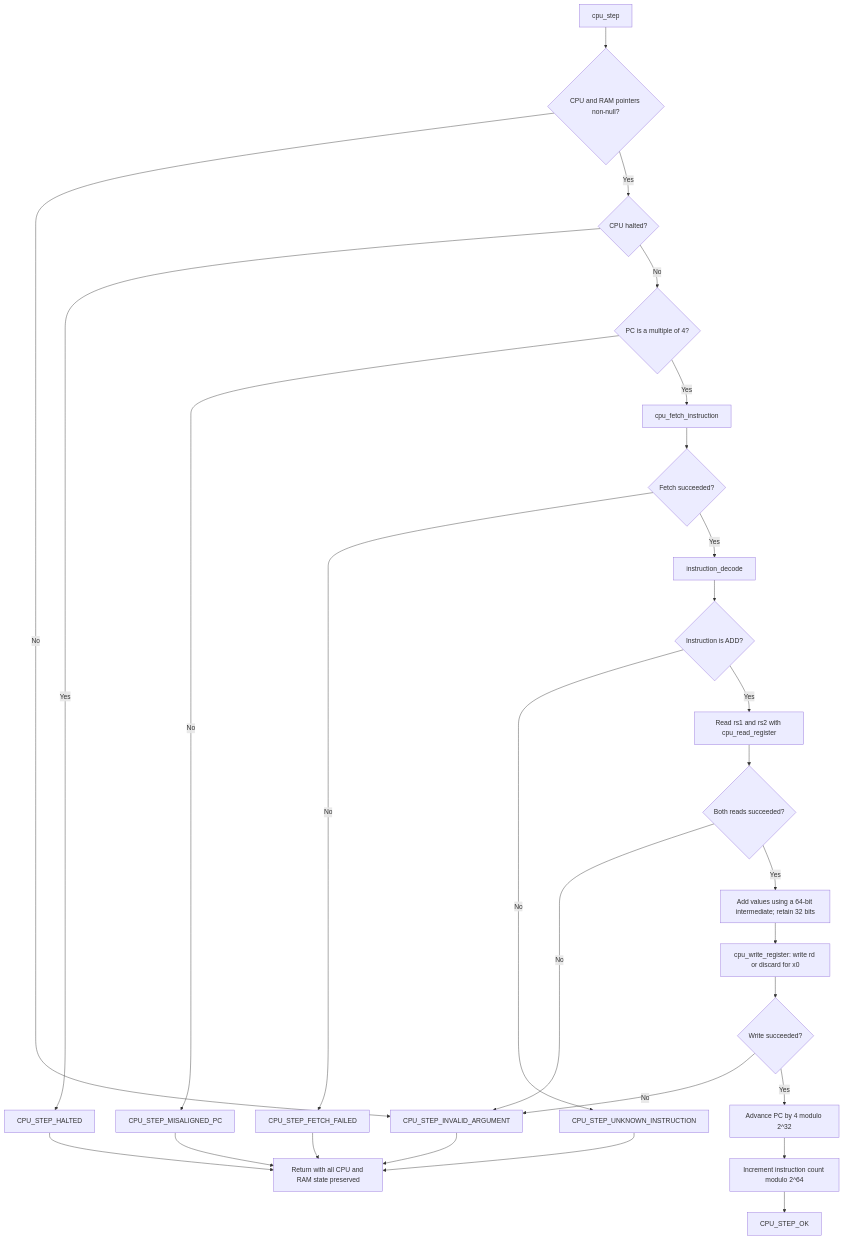
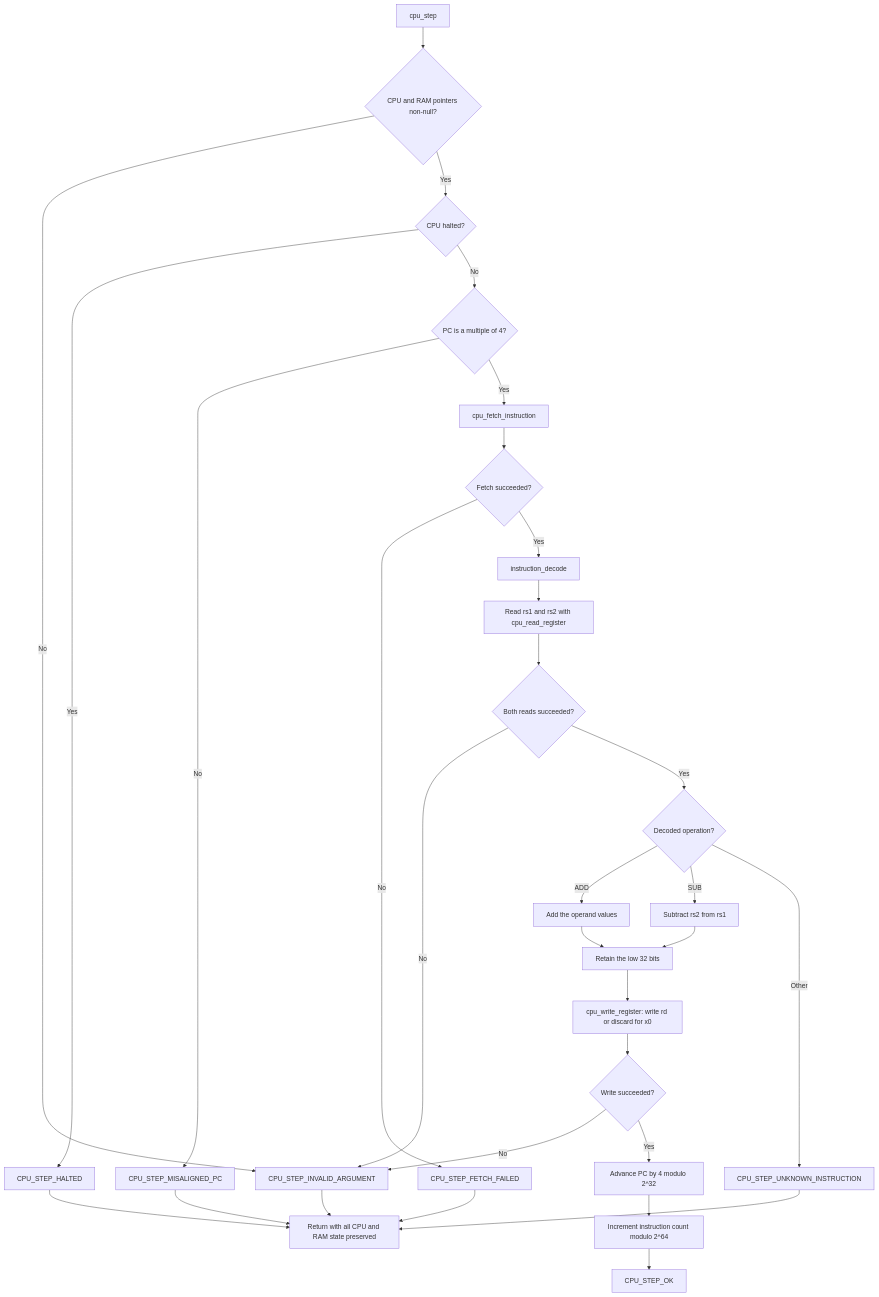
Before and after one commit to IcaroRamosDM/riscv32-simulator: the eighth of 8 diagrams in docs/FLOWCHARTS.md, drawn with Mermaid. The commit also changed other lines of this file and 9 other files, not shown here.

````diff
--- a/docs/FLOWCHARTS.md
+++ b/docs/FLOWCHARTS.md
@@ -210,30 +213,33 @@
 ```mermaid
 flowchart TD
     START["cpu_step"] --> PTR{"CPU and RAM pointers non-null?"}
     PTR -->|"No"| ARG["CPU_STEP_INVALID_ARGUMENT"]
     PTR -->|"Yes"| HALT{"CPU halted?"}
     HALT -->|"Yes"| STOP["CPU_STEP_HALTED"]
     HALT -->|"No"| ALIGN{"PC is a multiple of 4?"}
     ALIGN -->|"No"| MISALIGN["CPU_STEP_MISALIGNED_PC"]
     ALIGN -->|"Yes"| FETCH["cpu_fetch_instruction"]
     FETCH --> FETCH_OK{"Fetch succeeded?"}
     FETCH_OK -->|"No"| FETCH_FAIL["CPU_STEP_FETCH_FAILED"]
     FETCH_OK -->|"Yes"| DECODE["instruction_decode"]
-    DECODE --> SUPPORTED{"Instruction is ADD?"}
-    SUPPORTED -->|"No"| UNKNOWN["CPU_STEP_UNKNOWN_INSTRUCTION"]
-    SUPPORTED -->|"Yes"| READ["Read rs1 and rs2 with cpu_read_register"]
+    DECODE --> READ["Read rs1 and rs2 with cpu_read_register"]
     READ --> READ_OK{"Both reads succeeded?"}
     READ_OK -->|"No"| ARG
-    READ_OK -->|"Yes"| SUM["Add values using a 64-bit intermediate; retain 32 bits"]
-    SUM --> WRITE["cpu_write_register: write rd or discard for x0"]
+    READ_OK -->|"Yes"| KIND{"Decoded operation?"}
+    KIND -->|"ADD"| ADD["Add the operand values"]
+    KIND -->|"SUB"| SUB["Subtract rs2 from rs1"]
+    KIND -->|"Other"| UNKNOWN["CPU_STEP_UNKNOWN_INSTRUCTION"]
+    ADD --> RESULT["Retain the low 32 bits"]
+    SUB --> RESULT
+    RESULT --> WRITE["cpu_write_register: write rd or discard for x0"]
     WRITE --> WRITE_OK{"Write succeeded?"}
     WRITE_OK -->|"No"| ARG
     WRITE_OK -->|"Yes"| PC["Advance PC by 4 modulo 2^32"]
     PC --> COUNT["Increment instruction count modulo 2^64"]
     COUNT --> OK["CPU_STEP_OK"]
     ARG --> PRESERVE["Return with all CPU and RAM state preserved"]
     STOP --> PRESERVE
     MISALIGN --> PRESERVE
     FETCH_FAIL --> PRESERVE
     UNKNOWN --> PRESERVE
 ```
````
